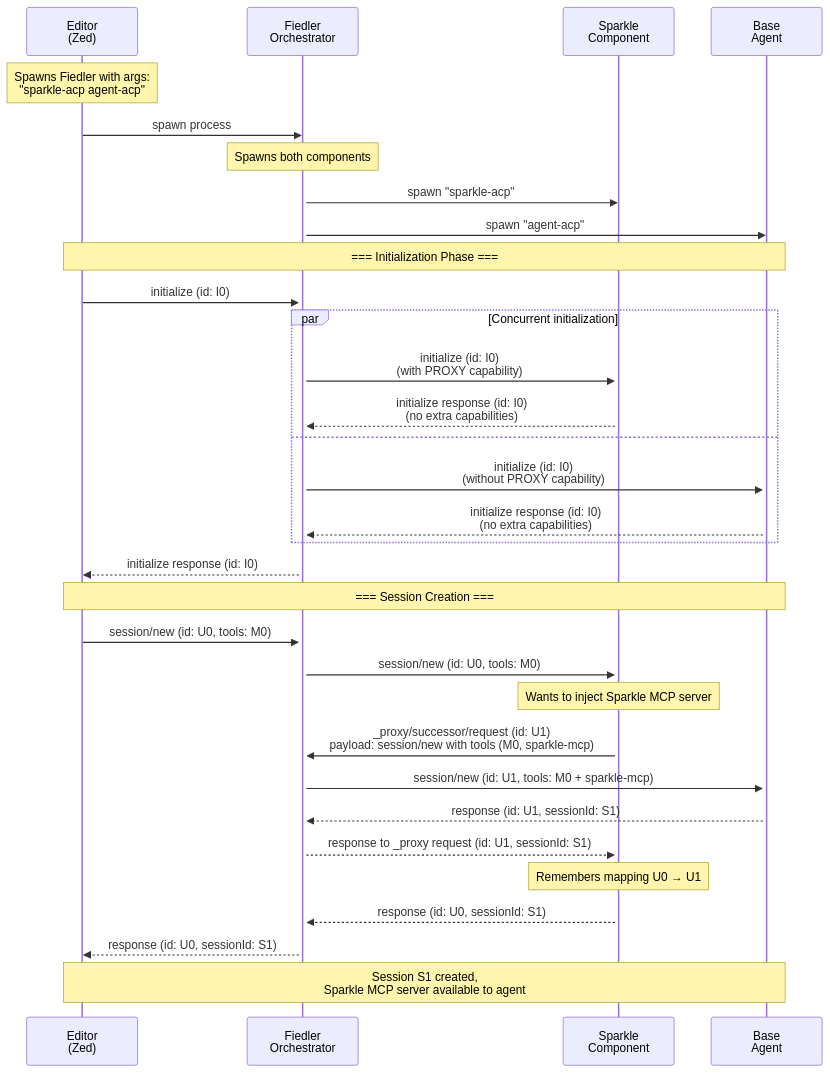
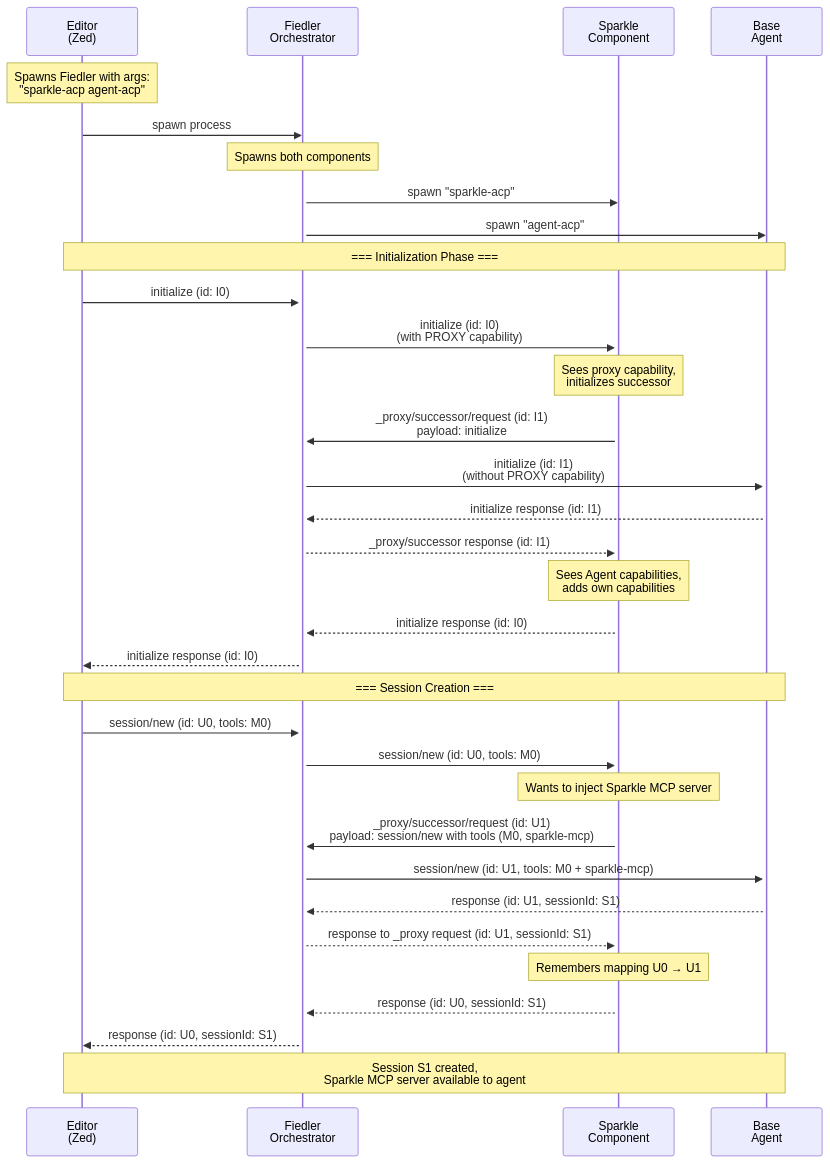
One commit to nikomatsakis/symposium changed the fourth of 6 diagrams in md/rfds/draft/proxying-acp.md. Above: the diagram before and after it, drawn with Mermaid. The commit also changed other lines of this file and 1 other file, not shown here.

First line of the commit message:
Fix initialization model: sequential through chain, not parallel

````diff
--- a/md/rfds/draft/proxying-acp.md
+++ b/md/rfds/draft/proxying-acp.md
@@ -374,51 +374,54 @@
 ```mermaid
 sequenceDiagram
     participant Editor as Editor<br/>(Zed)
     participant Fiedler as Fiedler<br/>Orchestrator
     participant Sparkle as Sparkle<br/>Component
     participant Agent as Base<br/>Agent
 
     Note over Editor: Spawns Fiedler with args:<br/>"sparkle-acp agent-acp"
     Editor->>Fiedler: spawn process
     activate Fiedler
     
     Note over Fiedler: Spawns both components
     Fiedler->>Sparkle: spawn "sparkle-acp"
     activate Sparkle
     Fiedler->>Agent: spawn "agent-acp"
     activate Agent
     
     Note over Editor,Agent: === Initialization Phase ===
     
     Editor->>Fiedler: initialize (id: I0)
+    Fiedler->>Sparkle: initialize (id: I0)<br/>(with PROXY capability)
     
-    par Concurrent initialization
-        Fiedler->>Sparkle: initialize (id: I0)<br/>(with PROXY capability)
-        Sparkle-->>Fiedler: initialize response (id: I0)<br/>(no extra capabilities)
-    and
-        Fiedler->>Agent: initialize (id: I0)<br/>(without PROXY capability)
-        Agent-->>Fiedler: initialize response (id: I0)<br/>(no extra capabilities)
-    end
+    Note over Sparkle: Sees proxy capability,<br/>initializes successor
     
+    Sparkle->>Fiedler: _proxy/successor/request (id: I1)<br/>payload: initialize
+    Fiedler->>Agent: initialize (id: I1)<br/>(without PROXY capability)
+    Agent-->>Fiedler: initialize response (id: I1)
+    Fiedler-->>Sparkle: _proxy/successor response (id: I1)
+    
+    Note over Sparkle: Sees Agent capabilities,<br/>adds own capabilities
+    
+    Sparkle-->>Fiedler: initialize response (id: I0)
     Fiedler-->>Editor: initialize response (id: I0)
     
     Note over Editor,Agent: === Session Creation ===
     
     Editor->>Fiedler: session/new (id: U0, tools: M0)
     Fiedler->>Sparkle: session/new (id: U0, tools: M0)
     
     Note over Sparkle: Wants to inject Sparkle MCP server
     
     Sparkle->>Fiedler: _proxy/successor/request (id: U1)<br/>payload: session/new with tools (M0, sparkle-mcp)
     Fiedler->>Agent: session/new (id: U1, tools: M0 + sparkle-mcp)
     
     Agent-->>Fiedler: response (id: U1, sessionId: S1)
     Fiedler-->>Sparkle: response to _proxy request (id: U1, sessionId: S1)
     
     Note over Sparkle: Remembers mapping U0 → U1
     
     Sparkle-->>Fiedler: response (id: U0, sessionId: S1)
     Fiedler-->>Editor: response (id: U0, sessionId: S1)
     
     Note over Editor,Agent: Session S1 created,<br/>Sparkle MCP server available to agent
 ```
````
